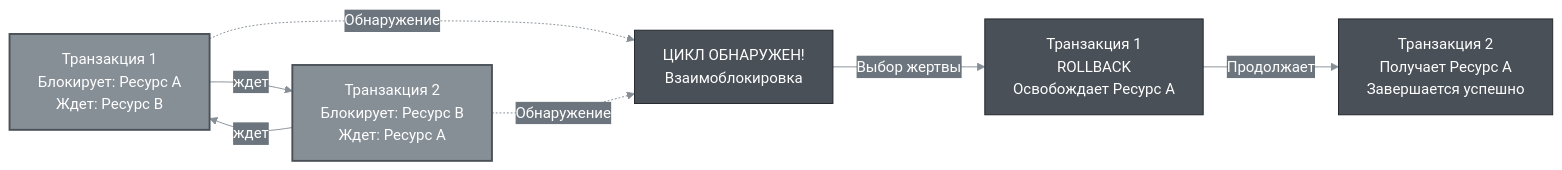
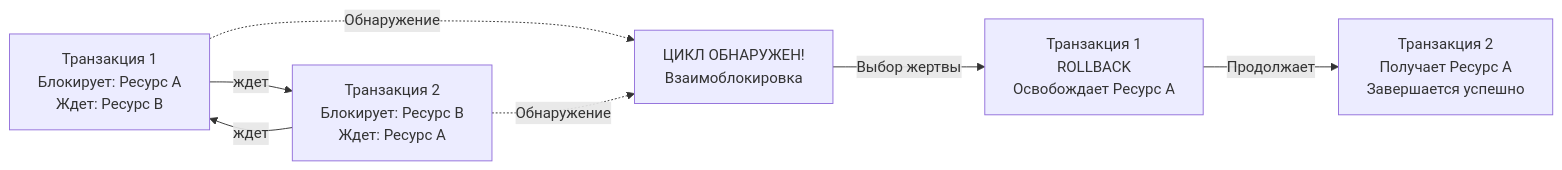
One commit to alx314vo/db_exam changed diagram 12 of 23 in db_exam.md. Above: the diagram before and after it, drawn with Mermaid. The commit also changed other lines of this file and 1 other file, not shown here.

````diff
--- a/db_exam.md
+++ b/db_exam.md
@@ -609,17 +561,14 @@
 ```mermaid
-%%{init: {'theme':'base', 'themeVariables': {'primaryColor':'#495057','primaryTextColor':'#fff','primaryBorderColor':'#212529','lineColor':'#868e96','secondaryColor':'#6c757d','tertiaryColor':'#adb5bd','background':'#ffffff','textColor':'#212529'}}}%%
 graph LR
     T1[Транзакция 1<br/>Блокирует: Ресурс A<br/>Ждет: Ресурс B] -->|ждет| T2[Транзакция 2<br/>Блокирует: Ресурс B<br/>Ждет: Ресурс A]
     T2 -->|ждет| T1
     
-    style T1 fill:#868e96,stroke:#495057,stroke-width:2px,color:#fff
-    style T2 fill:#868e96,stroke:#495057,stroke-width:2px,color:#fff
     
     note1[ЦИКЛ ОБНАРУЖЕН!<br/>Взаимоблокировка]
     
     T1 -.->|Обнаружение| note1
     T2 -.->|Обнаружение| note1
     
     note1 -->|Выбор жертвы| T3[Транзакция 1<br/>ROLLBACK<br/>Освобождает Ресурс A]
     T3 -->|Продолжает| T4[Транзакция 2<br/>Получает Ресурс A<br/>Завершается успешно]
 ```
````
